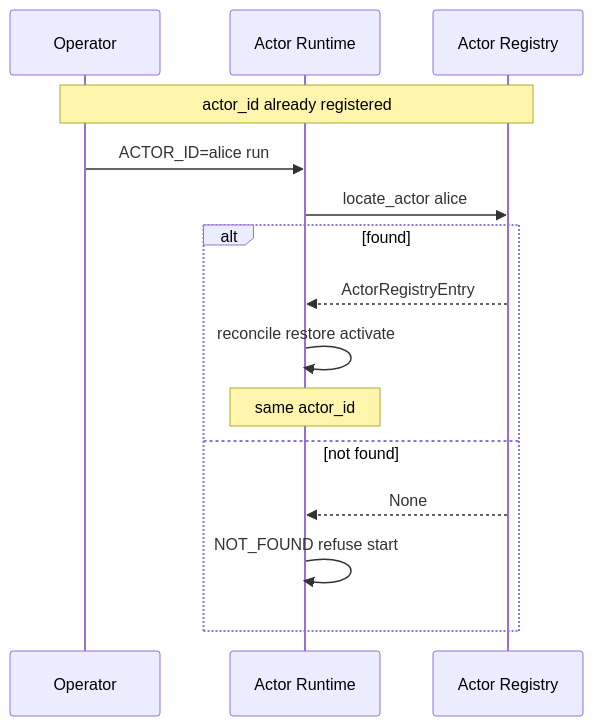
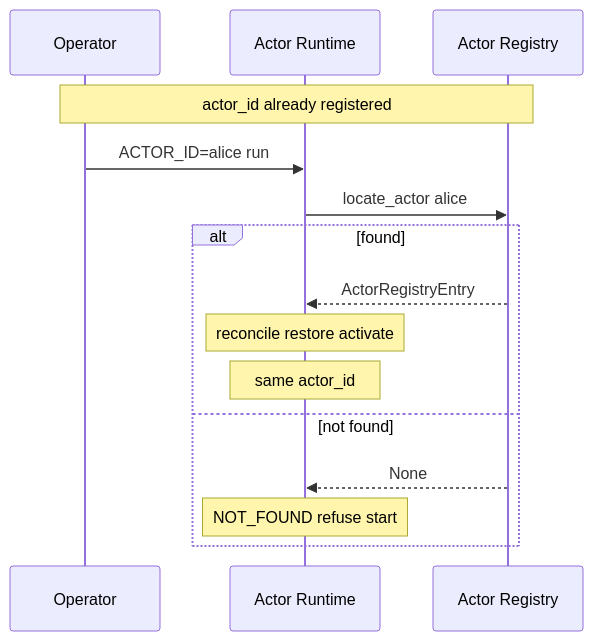
Before and after one commit to monkeypatched-stack/cogitive-os: diagram 14 of 22 in docs/DIAGRAMS.md, drawn with Mermaid. The commit also changed other lines of this file and 6 other files, not shown here.

Commit message:
adding diagrams

````diff
--- a/docs/DIAGRAMS.md
+++ b/docs/DIAGRAMS.md
@@ -504,18 +510,18 @@
 ```mermaid
 sequenceDiagram
     participant Op as Operator
     participant Bin as Actor Runtime
     participant Reg as Actor Registry
 
     Note over Op,Reg: actor_id already registered
     Op->>Bin: ACTOR_ID=alice run
     Bin->>Reg: locate_actor alice
     alt found
         Reg-->>Bin: ActorRegistryEntry
-        Bin->>Bin: reconcile restore activate
+        Note over Bin: reconcile restore activate
         Note over Bin: same actor_id
     else not found
         Reg-->>Bin: None
-        Bin->>Bin: NOT_FOUND refuse start
+        Note over Bin: NOT_FOUND refuse start
     end
 ```
````
